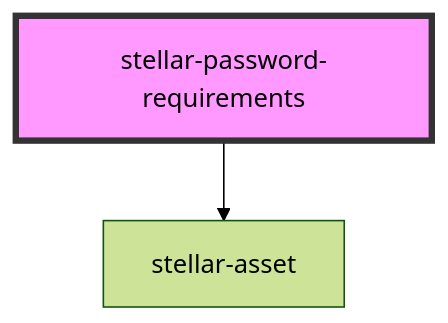
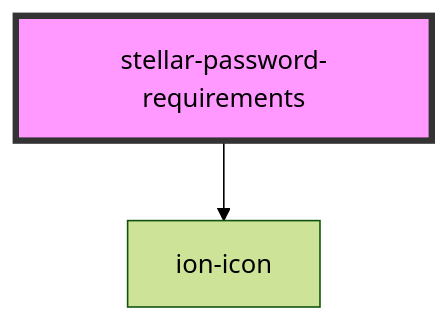
One commit to splitinfinities/Stellar changed the diagram in src/components/forms/password-requirements/readme.md. Above: the diagram before and after it, drawn with Mermaid (forest theme). The commit also changed other lines of this file and 108 other files, not shown here.

Commit message:
Remove stellar-asset.

````diff
--- a/src/components/forms/password-requirements/readme.md
+++ b/src/components/forms/password-requirements/readme.md
@@ -23,5 +23,5 @@
 ```mermaid
 graph TD;
-  stellar-password-requirements --> stellar-asset
+  stellar-password-requirements --> ion-icon
   style stellar-password-requirements fill:#f9f,stroke:#333,stroke-width:4px
 ```
````
